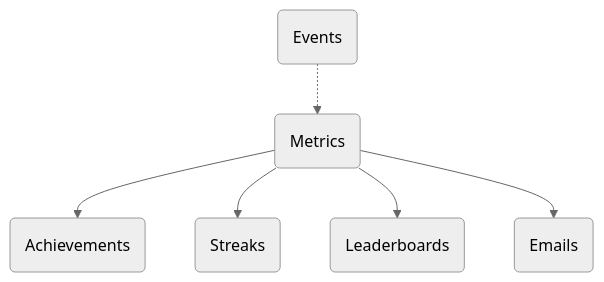
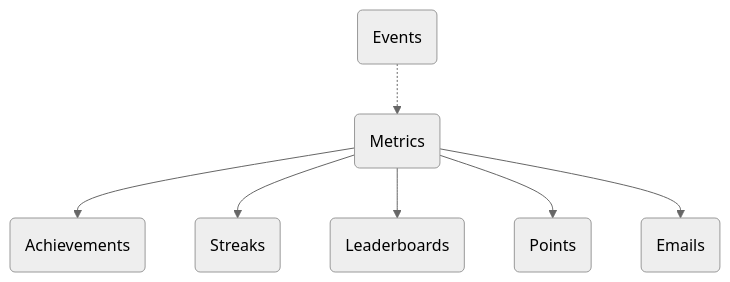
One commit to trophyso/docs changed the diagram in guides/how-to-build-a-fitness-app.mdx. Above: the diagram before and after it, drawn with Mermaid (neutral theme). The commit also changed other lines of this file, not shown here.

First line of the commit message:
Fix flowchart and add Trophy app links to AccordionGroup

````diff
--- a/guides/how-to-build-a-fitness-app.mdx
+++ b/guides/how-to-build-a-fitness-app.mdx
@@ -85,14 +85,16 @@
 ```mermaid
 flowchart TD
     A@{ shape: rounded, label: "Events" }
     B@{ shape: rounded, label: "Metrics" }
     C@{ shape: rounded, label: "Achievements" }
     D@{ shape: rounded, label: "Streaks" }
     E@{ shape: rounded, label: "Leaderboards" }
-    F@{ shape: rounded, label: "Emails" }
+    F@{ shape: rounded, label: "Points" }
+    G@{ shape: rounded, label: "Emails" }
     A-.->B
     B-->C
     B-->D
     B-->E
     B-->F
+    B-->G
 ```
````
